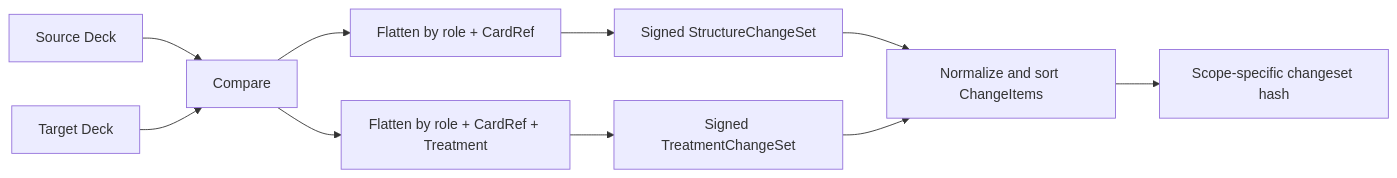
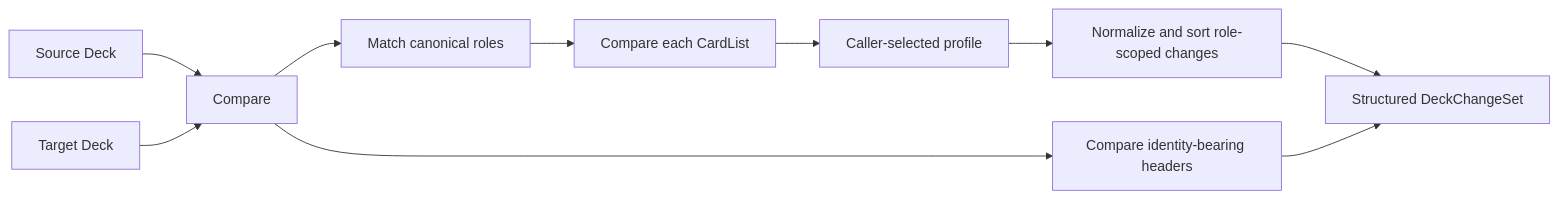
One commit to dan-lugg/cardhash changed the eighth of 13 diagrams in implementation/golang/20261118_01_reference-implementation-guide.md. Above: the diagram before and after it, drawn with Mermaid. The commit also changed other lines of this file and 21 other files, not shown here.

````diff
--- a/implementation/golang/20261118_01_reference-implementation-guide.md
+++ b/implementation/golang/20261118_01_reference-implementation-guide.md
@@ -271,12 +269,12 @@
 ```mermaid
 flowchart LR
     Source["Source Deck"] --> Compare["Compare"]
     Target["Target Deck"] --> Compare
-    Compare --> Structural["Flatten by role + CardRef"]
-    Compare --> Treatment["Flatten by role + CardRef + Treatment"]
-    Structural --> StructuralDiff["Signed StructureChangeSet"]
-    Treatment --> TreatmentDiff["Signed TreatmentChangeSet"]
-    StructuralDiff --> Normalize["Normalize and sort ChangeItems"]
-    TreatmentDiff --> Normalize
-    Normalize --> Hashes["Scope-specific changeset hash"]
+    Compare --> RoleMatch["Match canonical roles"]
+    RoleMatch --> ListDiff["Compare each CardList"]
+    ListDiff --> Profile["Caller-selected profile"]
+    Profile --> Normalize["Normalize and sort role-scoped changes"]
+    Compare --> Headers["Compare identity-bearing headers"]
+    Normalize --> Result["Structured DeckChangeSet"]
+    Headers --> Result
 ```
````
